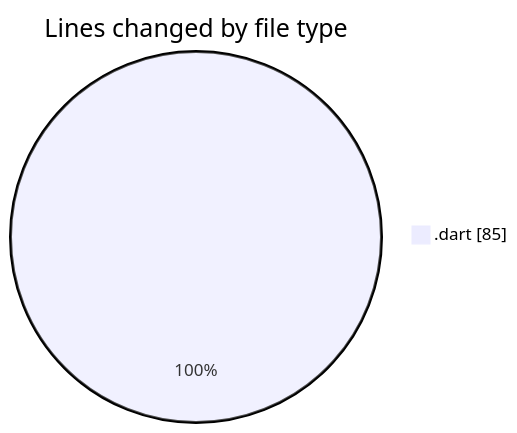
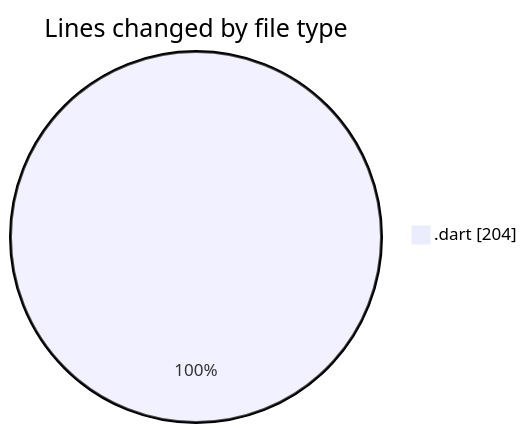
Before and after one commit to donsfak/code-tracking: the first of 2 diagrams in 2025-02-27/uber_clone/README.md, drawn with Mermaid. The commit also changed other lines of this file and 1 other file, not shown here.

````diff
--- a/2025-02-27/uber_clone/README.md
+++ b/2025-02-27/uber_clone/README.md
@@ -20,5 +20,5 @@
 ```mermaid
 pie showData
 title Lines changed by file type
-".dart" : 85
+".dart" : 204
 ```
````
